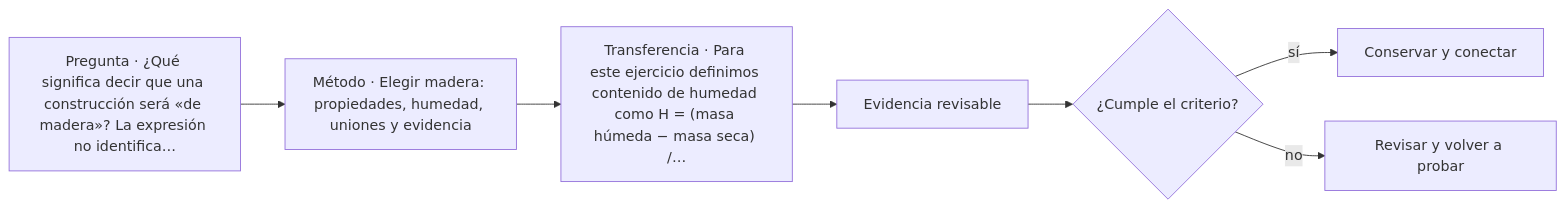
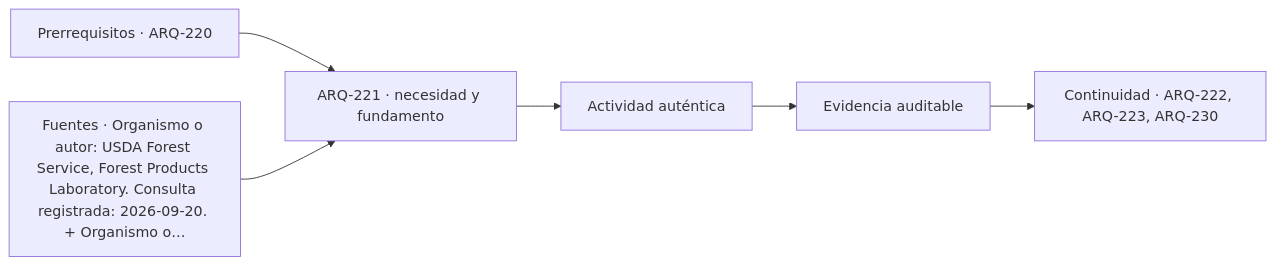
Before and after one commit to vladimiracunadev-create/architecture-built-environment-learning-program: the diagram in classes/parte-23/ARQ-221.md, drawn with Mermaid. The commit also changed other lines of this file and 761 other files, not shown here.

````diff
--- a/classes/parte-23/ARQ-221.md
+++ b/classes/parte-23/ARQ-221.md
@@ -70,9 +82,8 @@
 ```mermaid
 flowchart LR
-    Q["Pregunta · ¿Qué significa decir que una construcción será «de madera»? La expresión no identifica…"] --> M["Método · Elegir madera: propiedades, humedad, uniones y evidencia"]
-    M --> P["Transferencia · Para este ejercicio definimos contenido de humedad como H = (masa húmeda − masa seca) /…"]
-    P --> E["Evidencia revisable"]
-    E --> C{"¿Cumple el criterio?"}
-    C -->|sí| T["Conservar y conectar"]
-    C -->|no| R["Revisar y volver a probar"]
+    A["Prerrequisitos · ARQ-220"] --> B["ARQ-221 · necesidad y fundamento"]
+    S["Fuentes · Organismo o autor: USDA Forest Service, Forest Products Laboratory. Consulta registrada: 2026-09-20. + Organismo o…"] --> B
+    B --> C["Actividad auténtica"]
+    C --> D["Evidencia auditable"]
+    D --> E["Continuidad · ARQ-222, ARQ-223, ARQ-230"]
 ```
````
